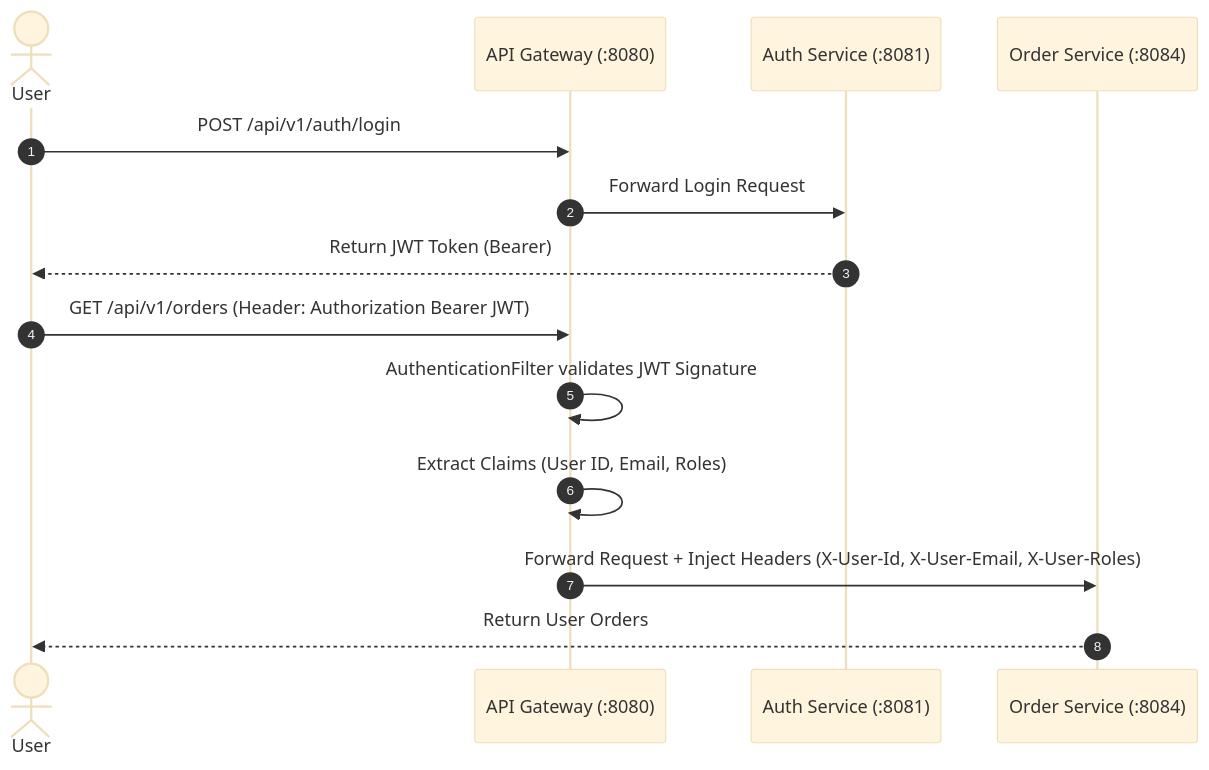
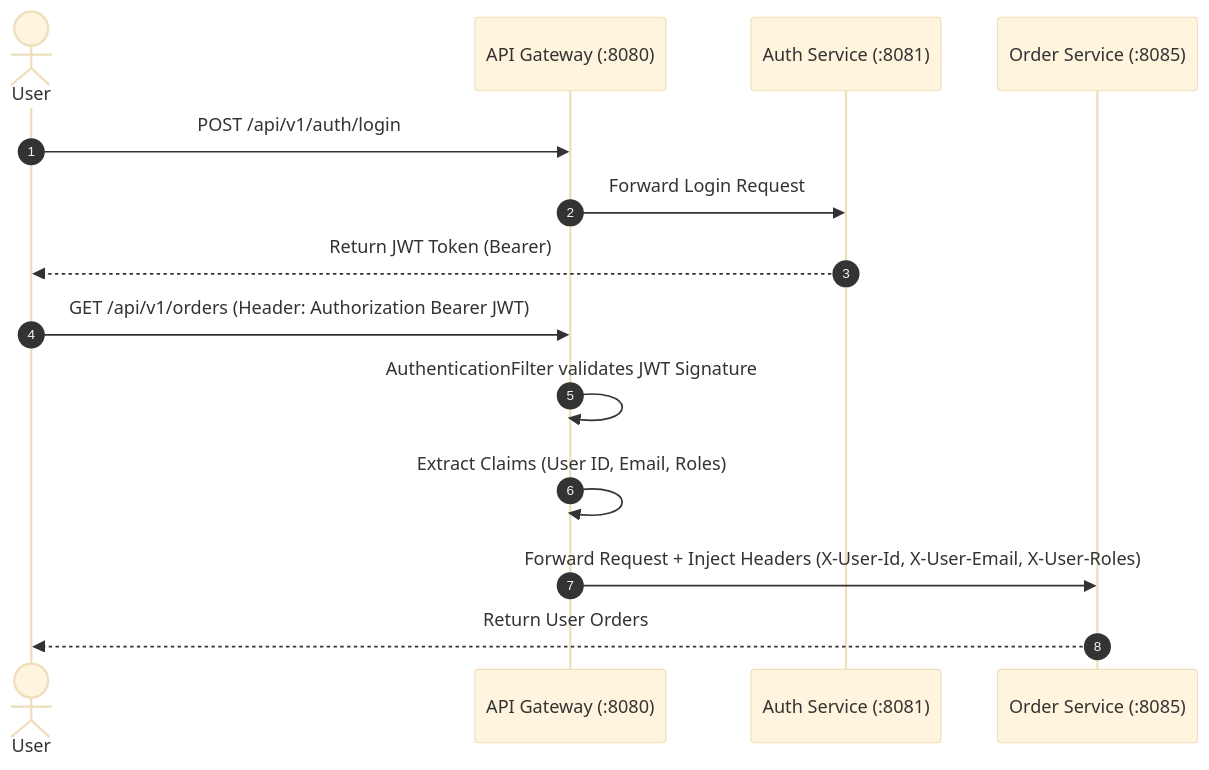
One commit to kyro-ecommerce/Backend changed the second of 2 diagrams in README.md. Above: the diagram before and after it, drawn with Mermaid (base theme). The commit also changed other lines of this file, not shown here.

````diff
--- a/README.md
+++ b/README.md
@@ -143,18 +157,18 @@
 ```mermaid
 sequenceDiagram
     autonumber
     actor User
     participant Gateway as API Gateway (:8080)
     participant Auth as Auth Service (:8081)
-    participant Order as Order Service (:8084)
+    participant Order as Order Service (:8085)
 
     User->>Gateway: POST /api/v1/auth/login
     Gateway->>Auth: Forward Login Request
     Auth-->>User: Return JWT Token (Bearer)
 
     User->>Gateway: GET /api/v1/orders (Header: Authorization Bearer JWT)
     Gateway->>Gateway: AuthenticationFilter validates JWT Signature
     Gateway->>Gateway: Extract Claims (User ID, Email, Roles)
     Gateway->>Order: Forward Request + Inject Headers (X-User-Id, X-User-Email, X-User-Roles)
     Order-->>User: Return User Orders
 ```
````
